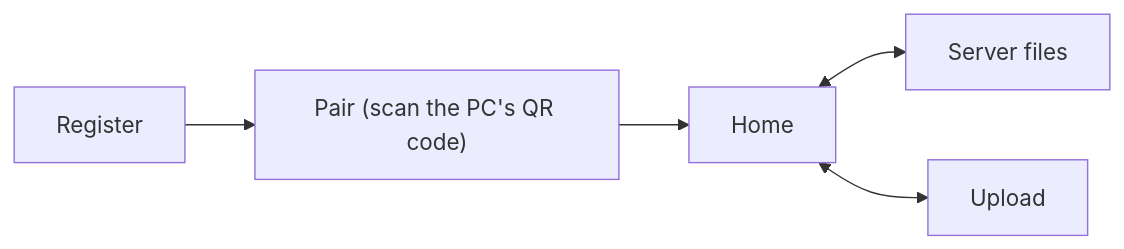
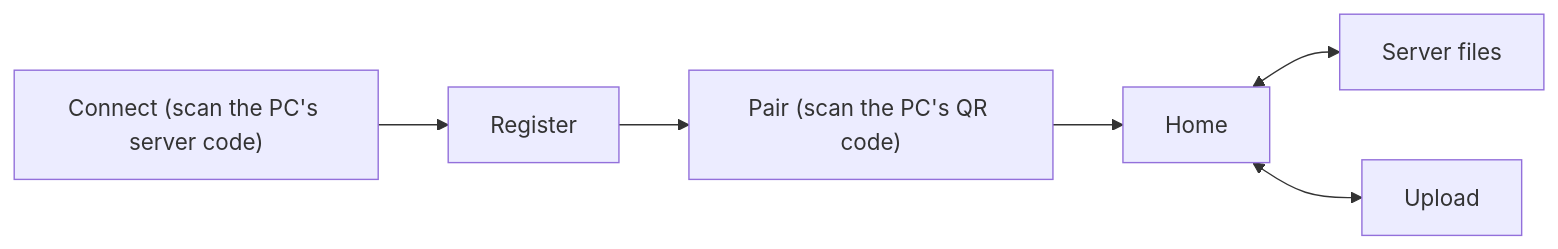
Before and after one commit to pinghsuanC/project-dropper-mobile: the diagram in README.md, drawn with Mermaid. The commit also changed other lines of this file and 32 other files, not shown here.

Commit message:
Scan the PC's server code to get through Cloudflare (#41)

````diff
--- a/README.md
+++ b/README.md
@@ -17,6 +17,7 @@
 ```mermaid
 flowchart LR
+  Connect["Connect (scan the PC's server code)"] --> Register
   Register --> Pair["Pair (scan the PC's QR code)"] --> Home
   Home <--> Files[Server files]
   Home <--> Upload
 ```
````
